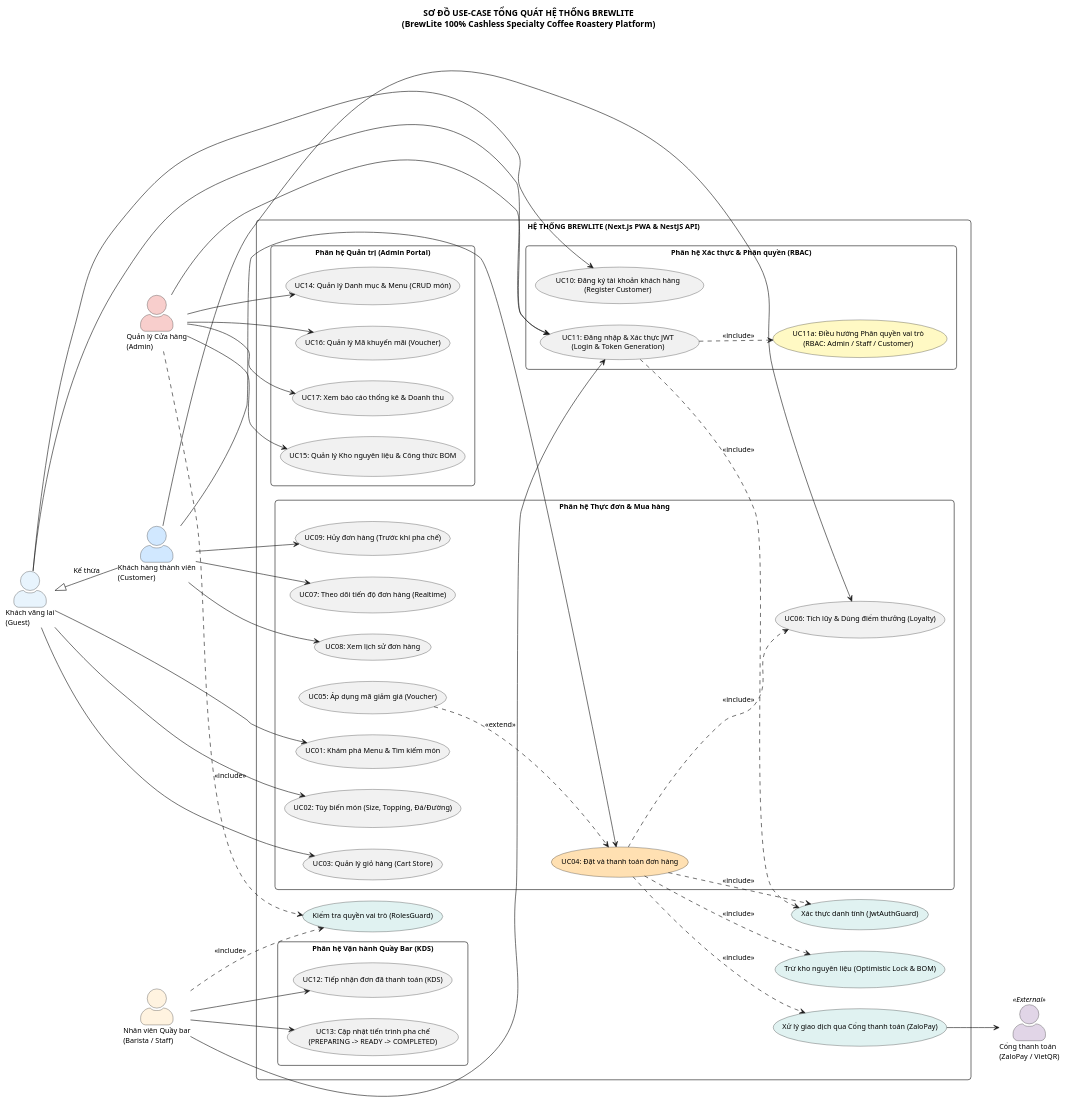
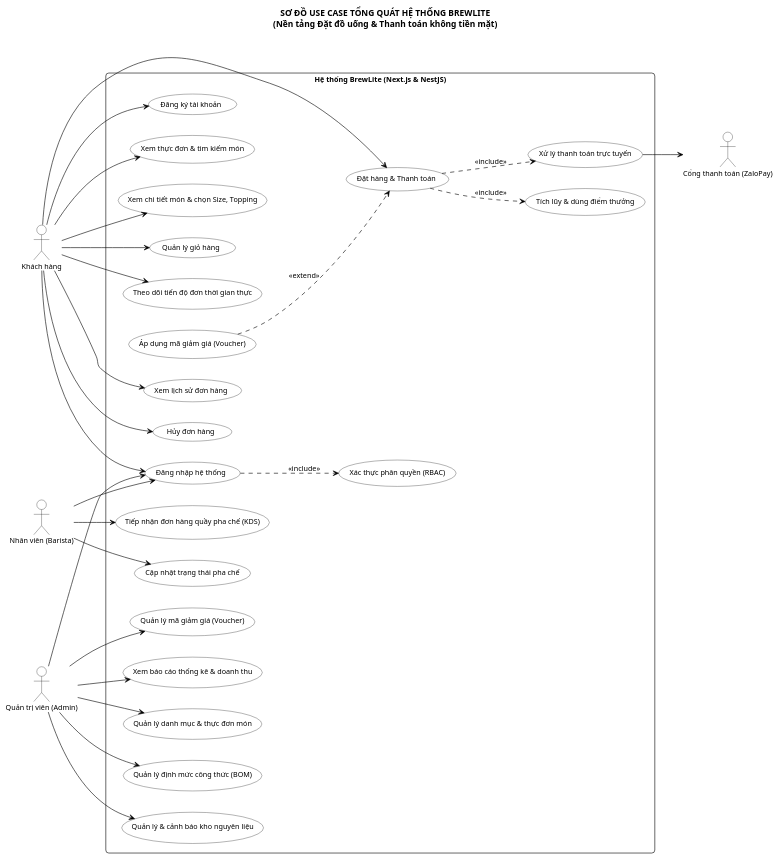
Before and after one commit to MaGiaVy/BrewLite_project: the diagram in docs/diagrams/use-case.puml, drawn with PlantUML. The commit also changed 2 other files, not shown here.

Commit message:
docs(diagrams): simplify use case diagram to black and white standard UML without colors

```diff
--- a/docs/diagrams/use-case.puml
+++ b/docs/diagrams/use-case.puml
@@ -1,108 +1,113 @@
 @startuml
 left to right direction
-skinparam actorStyle awesome
+skinparam defaultFontName "Segoe UI, Arial, sans-serif"
+skinparam defaultFontSize 12
+skinparam roundcorner 10
+
+' Tối giản chuẩn UML, không màu mè
 skinparam packageStyle rectangle
-skinparam roundcorner 10
-skinparam defaultFontName "Segoe UI", Arial, sans-serif
-skinparam defaultFontSize 12
-
-title **SƠ ĐỒ USE-CASE TỔNG QUÁT HỆ THỐNG BREWLITE**\n(BrewLite 100% Cashless Specialty Coffee Roastery Platform)
-
-' ==============================================================================
-' ACTORS
-' ==============================================================================
-actor "Khách vãng lai\n(Guest)" as Guest #E8F4FD
-actor "Khách hàng thành viên\n(Customer)" as Customer #D1E8FF
-actor "Nhân viên Quầy bar\n(Barista / Staff)" as Staff #FFF3E0
-actor "Quản lý Cửa hàng\n(Admin)" as Admin #F8CECC
-actor "Cổng thanh toán\n(ZaloPay / VietQR)" as Gateway <<External>> #E1D5E7
-
-Guest <|-- Customer : Kế thừa
-
-' ==============================================================================
-' SYSTEM BOUNDARY
-' ==============================================================================
-rectangle "HỆ THỐNG BREWLITE (Next.js PWA & NestJS API)" {
-    
-    package "Phân hệ Xác thực & Phân quyền (RBAC)" {
-        usecase "UC10: Đăng ký tài khoản khách hàng\n(Register Customer)" as UC_Register
-        usecase "UC11: Đăng nhập & Xác thực JWT\n(Login & Token Generation)" as UC_Login
-        usecase "UC11a: Điều hướng Phân quyền vai trò\n(RBAC: Admin / Staff / Customer)" as UC_RBAC_Routing #FFF9C4
-    }
-
-    package "Phân hệ Thực đơn & Mua hàng" {
-        usecase "UC01: Khám phá Menu & Tìm kiếm món" as UC_Menu
-        usecase "UC02: Tùy biến món (Size, Topping, Đá/Đường)" as UC_Customize
-        usecase "UC03: Quản lý giỏ hàng (Cart Store)" as UC_Cart
-        usecase "UC04: Đặt và thanh toán đơn hàng" as UC_Checkout #FFE0B2
-        usecase "UC05: Áp dụng mã giảm giá (Voucher)" as UC_Voucher
-        usecase "UC06: Tích lũy & Dùng điểm thưởng (Loyalty)" as UC_Loyalty
-        usecase "UC07: Theo dõi tiến độ đơn hàng (Realtime)" as UC_Track
-        usecase "UC08: Xem lịch sử đơn hàng" as UC_History
-        usecase "UC09: Hủy đơn hàng (Trước khi pha chế)" as UC_Cancel
-    }
-
-    package "Phân hệ Vận hành Quầy Bar (KDS)" {
-        usecase "UC12: Tiếp nhận đơn đã thanh toán (KDS)" as UC_KDS_View
-        usecase "UC13: Cập nhật tiến trình pha chế\n(PREPARING -> READY -> COMPLETED)" as UC_KDS_Update
-    }
-
-    package "Phân hệ Quản trị (Admin Portal)" {
-        usecase "UC14: Quản lý Danh mục & Menu (CRUD món)" as UC_Admin_Menu
-        usecase "UC15: Quản lý Kho nguyên liệu & Công thức BOM" as UC_Admin_BOM
-        usecase "UC16: Quản lý Mã khuyến mãi (Voucher)" as UC_Admin_Voucher
-        usecase "UC17: Xem báo cáo thống kê & Doanh thu" as UC_Admin_Report
-    }
-
-    usecase "Xác thực danh tính (JwtAuthGuard)" as UC_Auth_Check #E0F2F1
-    usecase "Kiểm tra quyền vai trò (RolesGuard)" as UC_Roles_Check #E0F2F1
-    usecase "Trừ kho nguyên liệu (Optimistic Lock & BOM)" as UC_Deduct_Stock #E0F2F1
-    usecase "Xử lý giao dịch qua Cổng thanh toán (ZaloPay)" as UC_Process_Payment #E0F2F1
+skinparam shadowing false
+skinparam actor {
+    BorderColor black
+    BackgroundColor white
+}
+skinparam usecase {
+    BorderColor black
+    BackgroundColor white
+    ArrowColor black
+}
+skinparam rectangle {
+    BorderColor black
+    BackgroundColor white
 }
 
-' ==============================================================================
-' RELATIONSHIPS & ASSOCIATIONS
-' ==============================================================================
+title SƠ ĐỒ USE CASE TỔNG QUÁT HỆ THỐNG BREWLITE\n(Nền tảng Đặt đồ uống & Thanh toán không tiền mặt)
 
-' Guest & Customer
-Guest --> UC_Menu
-Guest --> UC_Customize
-Guest --> UC_Cart
-Guest --> UC_Register
-Guest --> UC_Login
+' ==========================================
+' ACTORS BÊN TRÁI (Khách hàng)
+' ==========================================
+actor "Khách hàng" as Customer
 
+' ==========================================
+' SYSTEM BOUNDARY
+' ==========================================
+rectangle "Hệ thống BrewLite (Next.js & NestJS)" {
+
+    ' --- Nhóm Xác thực & Tài khoản ---
+    usecase "Đăng ký tài khoản" as UC_Register
+    usecase "Đăng nhập hệ thống" as UC_Login
+    usecase "Xác thực phân quyền (RBAC)" as UC_RBAC
+
+    ' --- Nhóm Khách hàng (Menu, Giỏ hàng, Đặt đơn) ---
+    usecase "Xem thực đơn & tìm kiếm món" as UC_Menu
+    usecase "Xem chi tiết món & chọn Size, Topping" as UC_Detail
+    usecase "Quản lý giỏ hàng" as UC_Cart
+    usecase "Đặt hàng & Thanh toán" as UC_Checkout
+    usecase "Áp dụng mã giảm giá (Voucher)" as UC_Voucher
+    usecase "Tích lũy & dùng điểm thưởng" as UC_Loyalty
+    usecase "Xử lý thanh toán trực tuyến" as UC_Payment
+    usecase "Theo dõi tiến độ đơn thời gian thực" as UC_Track
+    usecase "Xem lịch sử đơn hàng" as UC_History
+    usecase "Hủy đơn hàng" as UC_Cancel
+
+    ' --- Nhóm Quầy pha chế (Staff KDS) ---
+    usecase "Tiếp nhận đơn hàng quầy pha chế (KDS)" as UC_StaffView
+    usecase "Cập nhật trạng thái pha chế" as UC_StaffUpdate
+
+    ' --- Nhóm Quản trị (Admin) ---
+    usecase "Quản lý danh mục & thực đơn món" as UC_AdminMenu
+    usecase "Quản lý định mức công thức (BOM)" as UC_AdminBOM
+    usecase "Quản lý & cảnh báo kho nguyên liệu" as UC_AdminInventory
+    usecase "Quản lý mã giảm giá (Voucher)" as UC_AdminVoucher
+    usecase "Xem báo cáo thống kê & doanh thu" as UC_AdminReport
+
+    ' Quan hệ Include & Extend
+    UC_Login ..> UC_RBAC : <<include>>
+    UC_Checkout ..> UC_Payment : <<include>>
+    UC_Checkout ..> UC_Loyalty : <<include>>
+    UC_Voucher ..> UC_Checkout : <<extend>>
+}
+
+' ==========================================
+' ACTORS BÊN PHẢI (Nhân viên, Quản trị viên, Cổng thanh toán)
+' ==========================================
+actor "Nhân viên (Barista)" as Staff
+actor "Quản trị viên (Admin)" as Admin
+actor "Cổng thanh toán (ZaloPay)" as PaymentGateway
+
+' ==========================================
+' KẾT NỐI KHÁCH HÀNG (BÊN TRÁI)
+' ==========================================
+Customer --> UC_Register
+Customer --> UC_Login
+Customer --> UC_Menu
+Customer --> UC_Detail
+Customer --> UC_Cart
 Customer --> UC_Checkout
-Customer --> UC_Loyalty
 Customer --> UC_Track
 Customer --> UC_History
 Customer --> UC_Cancel
 
-' Staff
+' ==========================================
+' KẾT NỐI NHÂN VIÊN (BÊN PHẢI)
+' ==========================================
 Staff --> UC_Login
-Staff --> UC_KDS_View
-Staff --> UC_KDS_Update
-Staff ..> UC_Roles_Check : <<include>>
+Staff --> UC_StaffView
+Staff --> UC_StaffUpdate
 
-' Admin
+' ==========================================
+' KẾT NỐI QUẢN TRỊ VIÊN (BÊN PHẢI)
+' ==========================================
 Admin --> UC_Login
-Admin --> UC_Admin_Menu
-Admin --> UC_Admin_BOM
-Admin --> UC_Admin_Voucher
-Admin --> UC_Admin_Report
-Admin ..> UC_Roles_Check : <<include>>
+Admin --> UC_AdminMenu
+Admin --> UC_AdminBOM
+Admin --> UC_AdminInventory
+Admin --> UC_AdminVoucher
+Admin --> UC_AdminReport
 
-' RBAC Inclusion
-UC_Login ..> UC_RBAC_Routing : <<include>>
-UC_Login ..> UC_Auth_Check : <<include>>
-
-' Checkout relations
-UC_Checkout ..> UC_Auth_Check : <<include>>
-UC_Checkout ..> UC_Deduct_Stock : <<include>>
-UC_Checkout ..> UC_Process_Payment : <<include>>
-UC_Checkout ..> UC_Loyalty : <<include>>
-UC_Voucher ..> UC_Checkout : <<extend>>
-
-' Gateway relation
-UC_Process_Payment --> Gateway
+' ==========================================
+' KẾT NỐI CỔNG THANH TOÁN (BÊN PHẢI)
+' ==========================================
+UC_Payment --> PaymentGateway
 
 @enduml
```
